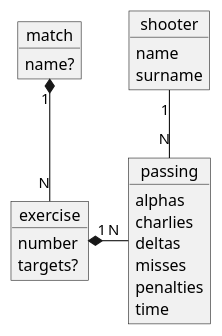
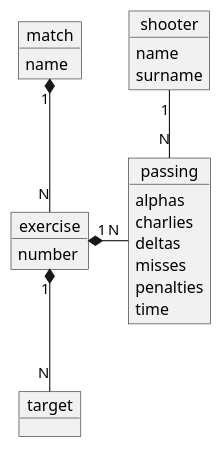
Before and after one commit to akryvtsun/jmss: the diagram in spec/domain_model.puml, drawn with PlantUML.

Commit message:
#4 add targets to objects diagram

```diff
--- a/spec/domain_model.puml
+++ b/spec/domain_model.puml
@@ -1,27 +1,29 @@
 @startuml
 
 object match {
-    name?
+    name
 }
 object exercise {
     number
-    targets?
+}
+object target {
 }
 object passing {
     alphas
     charlies
     deltas
     misses
     penalties
     time
 }
 object shooter {
     name
     surname
 }
 
 match "1" *-- "N" exercise
 exercise "1" *-right- "N" passing
+exercise "1" *-down- "N" target
 shooter "1" -down- "N" passing
 
 @enduml
```
